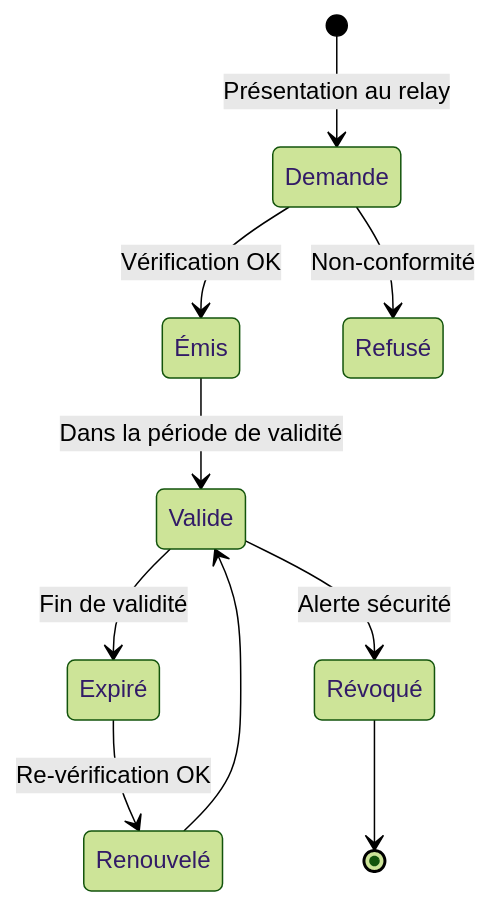
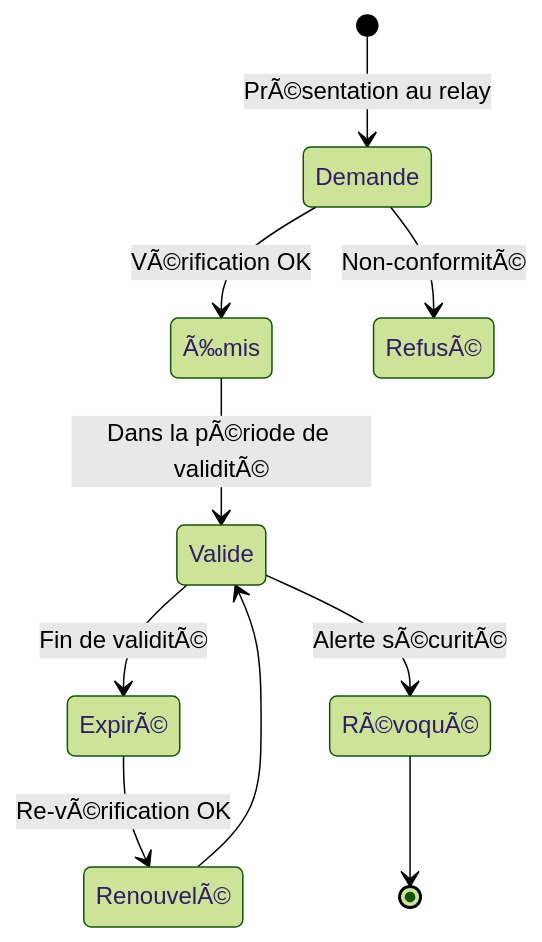
The seventh of 7 diagrams in docs/miyukini-webway-system/verification/MWS - Passeport et Visa.md (StudioMiyukini/miyukini_cog), drawn with Mermaid (forest theme) before and after one commit. The commit also changed other lines of this file and 1287 other files, not shown here.

````diff
--- a/docs/miyukini-webway-system/verification/MWS - Passeport et Visa.md
+++ b/docs/miyukini-webway-system/verification/MWS - Passeport et Visa.md
@@ -474,12 +474,12 @@
 ```mermaid
 stateDiagram-v2
-    [*] --> Demande: Présentation au relay
-    Demande --> Émis: Vérification OK
-    Demande --> Refusé: Non-conformité
-    Émis --> Valide: Dans la période de validité
-    Valide --> Expiré: Fin de validité
-    Expiré --> Renouvelé: Re-vérification OK
-    Valide --> Révoqué: Alerte sécurité
-    Révoqué --> [*]
-    Renouvelé --> Valide
+    [*] --> Demande: PrÃ©sentation au relay
+    Demande --> Ã‰mis: VÃ©rification OK
+    Demande --> RefusÃ©: Non-conformitÃ©
+    Ã‰mis --> Valide: Dans la pÃ©riode de validitÃ©
+    Valide --> ExpirÃ©: Fin de validitÃ©
+    ExpirÃ© --> RenouvelÃ©: Re-vÃ©rification OK
+    Valide --> RÃ©voquÃ©: Alerte sÃ©curitÃ©
+    RÃ©voquÃ© --> [*]
+    RenouvelÃ© --> Valide
 ```
````
